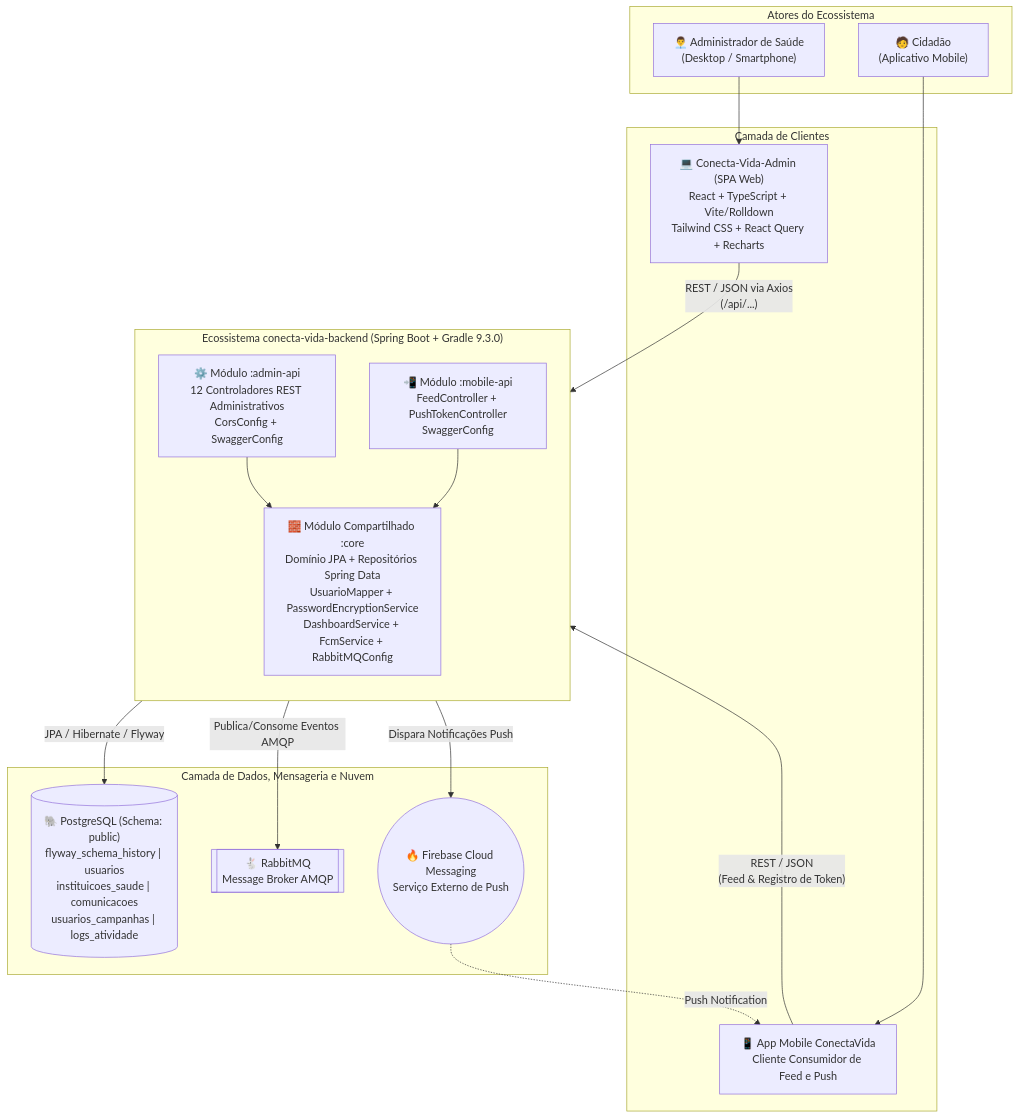
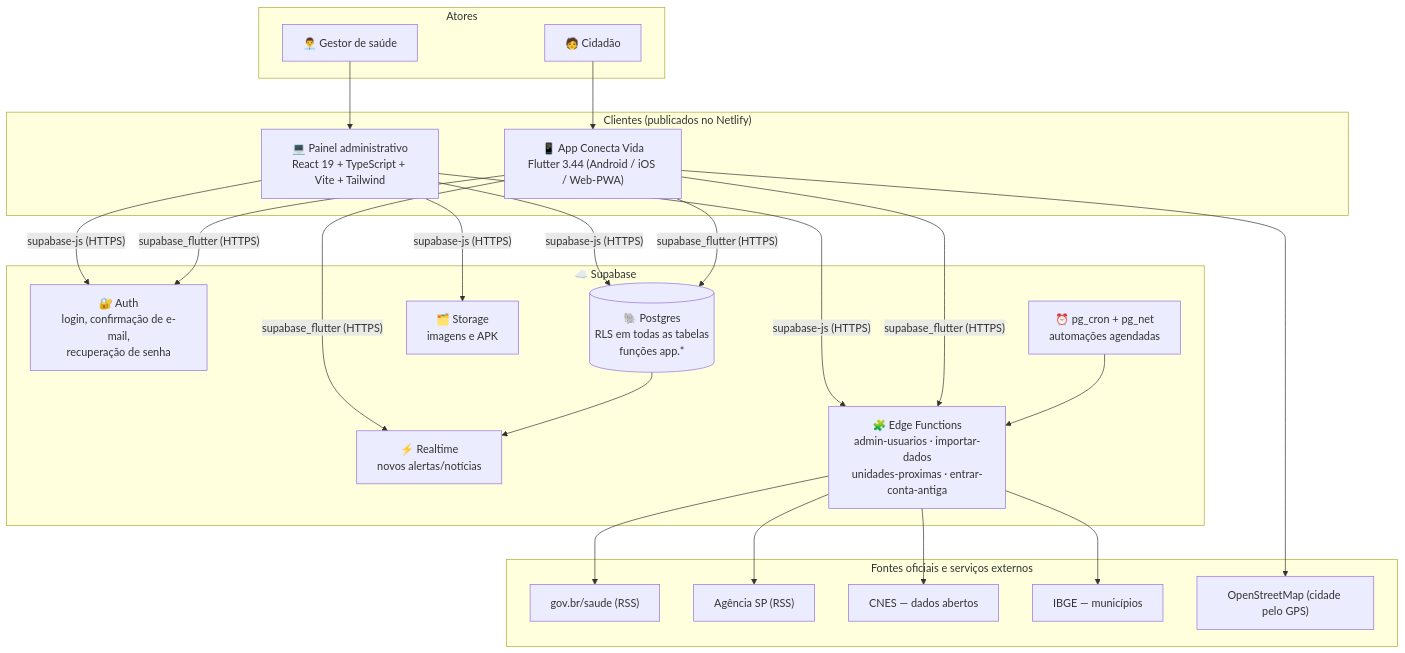
Before and after one commit to Conecta-Vida/Conecta-Vida-Documentacao: the first of 4 diagrams in README.md, drawn with Mermaid. The commit also changed other lines of this file and 4 other files, not shown here.

First line of the commit message:
Documentação atualizada para a arquitetura Supabase + Netlify: visão geral, banco e serviços, painel e app; API Java marcada como histórica

````diff
--- a/README.md
+++ b/README.md
@@ -35,39 +52,38 @@
 ```mermaid
 flowchart TB
-    subgraph Atores ["Atores do Ecossistema"]
-        AdminUser["👨‍💼 Administrador de Saúde\n(Desktop / Smartphone)"]
-        CidadaoUser["🧑 Cidadão\n(Aplicativo Mobile)"]
+    subgraph Atores
+        Admin["👨‍💼 Gestor de saúde"]
+        Cidadao["🧑 Cidadão"]
     end
 
-    subgraph FrontendLayer ["Camada de Clientes"]
-        AdminSPA["💻 Conecta-Vida-Admin (SPA Web)\nReact + TypeScript + Vite/Rolldown\nTailwind CSS + React Query + Recharts"]
-        MobileClient["📱 App Mobile ConectaVida\nCliente Consumidor de Feed e Push"]
+    subgraph Clientes ["Clientes (publicados no Netlify)"]
+        Painel["💻 Painel administrativo\nReact 19 + TypeScript + Vite + Tailwind"]
+        App["📱 App Conecta Vida\nFlutter 3.44 (Android / iOS / Web-PWA)"]
     end
 
-    subgraph BackendLayer ["Ecossistema conecta-vida-backend (Spring Boot + Gradle 9.3.0)"]
-        direction TB
-        AdminAPI["⚙️ Módulo :admin-api\n12 Controladores REST Administrativos\nCorsConfig + SwaggerConfig"]
-        MobileAPI["📲 Módulo :mobile-api\nFeedController + PushTokenController\nSwaggerConfig"]
-        CoreMod["🧱 Módulo Compartilhado :core\nDomínio JPA + Repositórios Spring Data\nUsuarioMapper + PasswordEncryptionService\nDashboardService + FcmService + RabbitMQConfig"]
+    subgraph Supabase ["☁️ Supabase"]
+        Auth["🔐 Auth\nlogin, confirmação de e-mail,\nrecuperação de senha"]
+        DB[("🐘 Postgres\nRLS em todas as tabelas\nfunções app.*")]
+        RT["⚡ Realtime\nnovos alertas/notícias"]
+        ST["🗂️ Storage\nimagens e APK"]
+        EF["🧩 Edge Functions\nadmin-usuarios · importar-dados\nunidades-proximas · entrar-conta-antiga"]
+        CRON["⏰ pg_cron + pg_net\nautomações agendadas"]
     end
 
-    subgraph InfraLayer ["Camada de Dados, Mensageria e Nuvem"]
-        PostgresDB[("🐘 PostgreSQL (Schema: public)\nflyway_schema_history | usuarios\ninstituicoes_saude | comunicacoes\nusuarios_campanhas | logs_atividade")]
-        RabbitBroker[["🐇 RabbitMQ\nMessage Broker AMQP"]]
-        FirebaseCloud(("🔥 Firebase Cloud Messaging\nServiço Externo de Push"))
+    subgraph Externos ["Fontes oficiais e serviços externos"]
+        MS["gov.br/saude (RSS)"]
+        SP["Agência SP (RSS)"]
+        CNES["CNES — dados abertos"]
+        IBGE["IBGE — municípios"]
+        OSM["OpenStreetMap (cidade pelo GPS)"]
     end
 
-    AdminUser --> AdminSPA
-    CidadaoUser --> MobileClient
-
-    AdminSPA -- "REST / JSON via Axios\n(/api/...)" --> AdminAPI
-    MobileClient -- "REST / JSON\n(Feed & Registro de Token)" --> MobileAPI
-
-    AdminAPI --> CoreMod
-    MobileAPI --> CoreMod
-
-    CoreMod -- "JPA / Hibernate / Flyway" --> PostgresDB
-    CoreMod -- "Publica/Consome Eventos AMQP" --> RabbitBroker
-    CoreMod -- "Dispara Notificações Push" --> FirebaseCloud
-    FirebaseCloud -. "Push Notification" .-> MobileClient
+    Admin --> Painel
+    Cidadao --> App
+    Painel -- "supabase-js (HTTPS)" --> Auth & DB & ST & EF
+    App -- "supabase_flutter (HTTPS)" --> Auth & DB & RT & EF
+    App --> OSM
+    CRON --> EF
+    EF --> MS & SP & CNES & IBGE
+    DB --> RT
 ```
````
